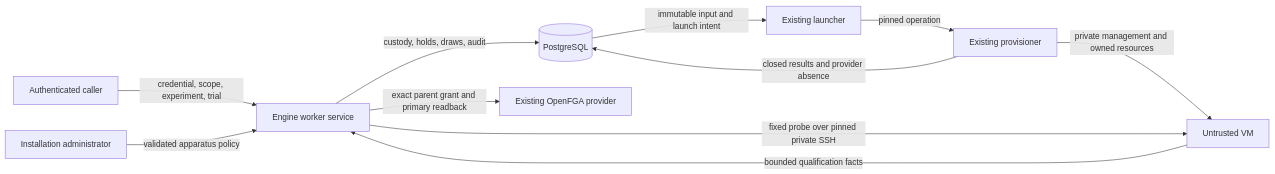
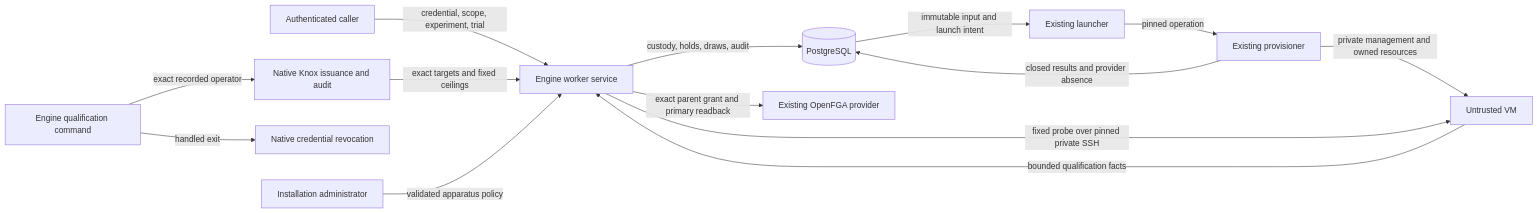
One commit to OpenRAE/bigrae changed the diagram in docs/technical/shifter_platform/disposable-workers.md. Above: the diagram before and after it, drawn with Mermaid. The commit also changed other lines of this file and 56 other files, not shown here.

Commit message:
fix(engine): qualify workers through the recorded operator

````diff
--- a/docs/technical/shifter_platform/disposable-workers.md
+++ b/docs/technical/shifter_platform/disposable-workers.md
@@ -91,13 +103,16 @@
 ```mermaid
 flowchart LR
     Caller[Authenticated caller] -->|credential, scope, experiment, trial| Engine[Engine worker service]
+    Command[Engine qualification command] -->|exact recorded operator| Management[Native Knox issuance and audit]
+    Management -->|exact targets and fixed ceilings| Engine
+    Command -->|handled exit| Revoke[Native credential revocation]
     Admin[Installation administrator] -->|validated apparatus policy| Engine
     Engine -->|custody, holds, draws, audit| DB[(PostgreSQL)]
     Engine -->|exact parent grant and primary readback| Policy[Existing OpenFGA provider]
     DB -->|immutable input and launch intent| Launcher[Existing launcher]
     Launcher -->|pinned operation| Provisioner[Existing provisioner]
     Provisioner -->|private management and owned resources| VM[Untrusted VM]
     Provisioner -->|closed results and provider absence| DB
     Engine -->|fixed probe over pinned private SSH| VM
     VM -->|bounded qualification facts| Engine
 ```
````
